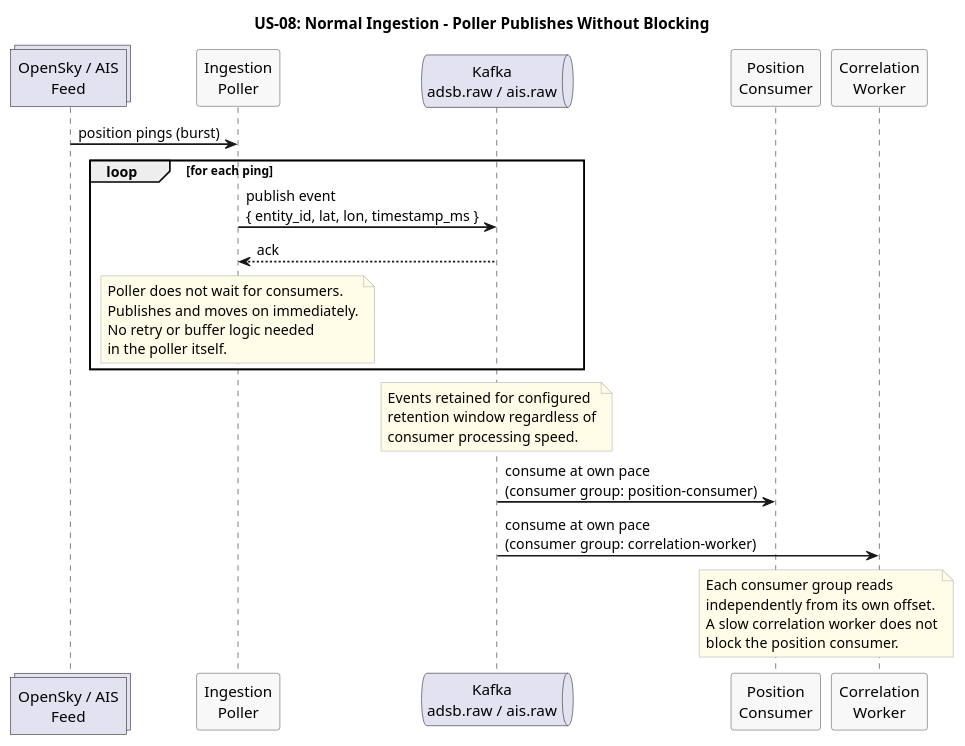
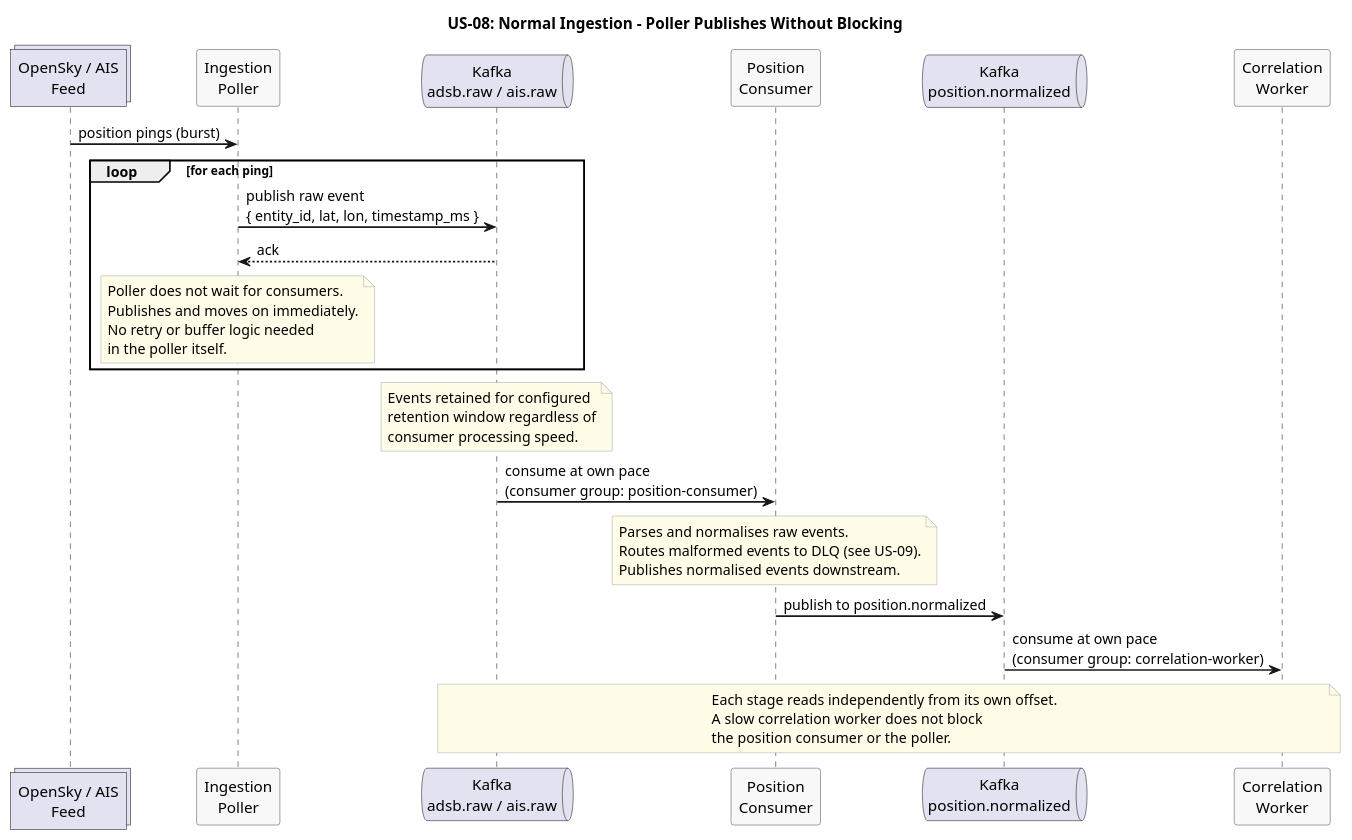
One commit to Buffden/sentinel changed the diagram in docs/use-cases/US-08-ingestion-reliability/normal-ingestion.puml. Above: the diagram before and after it, drawn with PlantUML. The commit also changed 4 other files, not shown here.

Commit message:
docs: fix two-stage Kafka pipeline in diagrams - poller publishes to adsb.raw, position consumer normalizes and forwards to position.normalized

```diff
--- a/docs/use-cases/US-08-ingestion-reliability/normal-ingestion.puml
+++ b/docs/use-cases/US-08-ingestion-reliability/normal-ingestion.puml
@@ -1,46 +1,55 @@
 @startuml normal-ingestion
 title US-08: Normal Ingestion - Poller Publishes Without Blocking
 
 skinparam sequenceArrowThickness 1.5
 skinparam participantBorderColor #555555
 skinparam participantBackgroundColor #F8F8F8
 skinparam noteBorderColor #AAAAAA
 skinparam noteBackgroundColor #FFFDE7
 
 collections "OpenSky / AIS\nFeed" as Feed
 participant "Ingestion\nPoller" as Poller
-queue "Kafka\nadsb.raw / ais.raw" as Kafka
+queue "Kafka\nadsb.raw / ais.raw" as KafkaRaw
 participant "Position\nConsumer" as PosConsumer
+queue "Kafka\nposition.normalized" as KafkaNorm
 participant "Correlation\nWorker" as Correlation
 
 Feed -> Poller : position pings (burst)
 
 loop for each ping
-  Poller -> Kafka : publish event\n{ entity_id, lat, lon, timestamp_ms }
-  Kafka --> Poller : ack
+  Poller -> KafkaRaw : publish raw event\n{ entity_id, lat, lon, timestamp_ms }
+  KafkaRaw --> Poller : ack
 
   note over Poller
     Poller does not wait for consumers.
     Publishes and moves on immediately.
     No retry or buffer logic needed
     in the poller itself.
   end note
 end
 
-note over Kafka
+note over KafkaRaw
   Events retained for configured
   retention window regardless of
   consumer processing speed.
 end note
 
-Kafka -> PosConsumer : consume at own pace\n(consumer group: position-consumer)
-Kafka -> Correlation : consume at own pace\n(consumer group: correlation-worker)
+KafkaRaw -> PosConsumer : consume at own pace\n(consumer group: position-consumer)
 
-note over PosConsumer, Correlation
-  Each consumer group reads
-  independently from its own offset.
-  A slow correlation worker does not
-  block the position consumer.
+note over PosConsumer
+  Parses and normalises raw events.
+  Routes malformed events to DLQ (see US-09).
+  Publishes normalised events downstream.
+end note
+
+PosConsumer -> KafkaNorm : publish to position.normalized
+
+KafkaNorm -> Correlation : consume at own pace\n(consumer group: correlation-worker)
+
+note over KafkaRaw, Correlation
+  Each stage reads independently from its own offset.
+  A slow correlation worker does not block
+  the position consumer or the poller.
 end note
 
 @enduml
```
